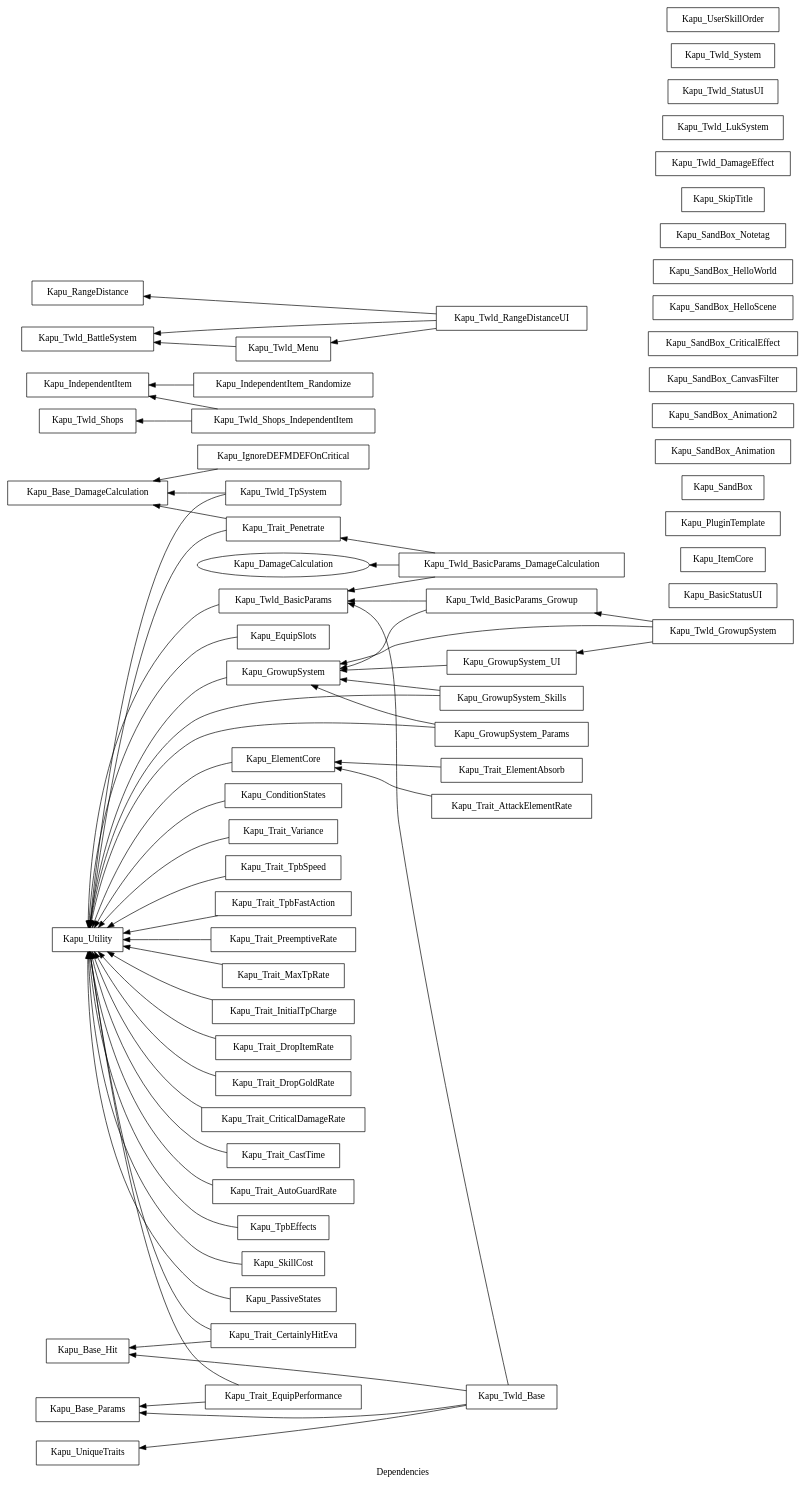
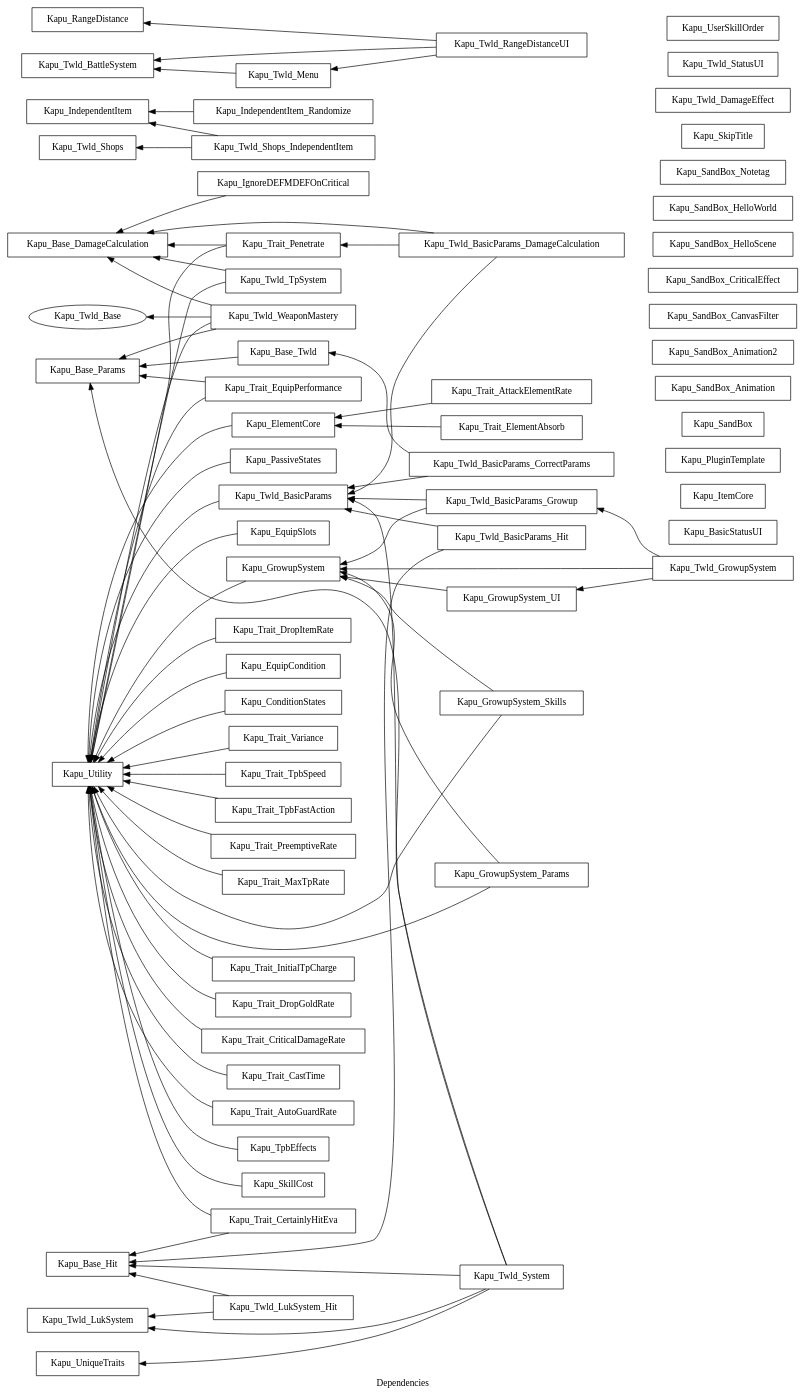
One commit to kapuusagi/MZPlugins changed the diagram in doc/dependencies.dot. Above: the diagram before and after it, drawn with Graphviz. The commit also changed 13 other files, not shown here.

```diff
--- a/doc/dependencies.dot
+++ b/doc/dependencies.dot
@@ -1,131 +1,149 @@
 digraph PluginDependencies {
   graph [
     charset = "UTF-8";
     label = "Dependencies";
     rankdir = RL,
   ]
 
   // node defines.
   Kapu_Base_DamageCalculation[shape = box];
   Kapu_Base_Hit[shape = box];
   Kapu_Base_Params[shape = box];
+  Kapu_Base_Twld[shape = box];
   Kapu_BasicStatusUI[shape = box];
   Kapu_IgnoreDEFMDEFOnCritical[shape = box];
   Kapu_IndependentItem[shape = box];
   Kapu_IndependentItem_Randomize[shape = box];
   Kapu_ItemCore[shape = box];
   Kapu_PluginTemplate[shape = box];
   Kapu_RangeDistance[shape = box];
   Kapu_SandBox[shape = box];
   Kapu_SandBox_Animation[shape = box];
   Kapu_SandBox_Animation2[shape = box];
   Kapu_SandBox_CanvasFilter[shape = box];
   Kapu_SandBox_CriticalEffect[shape = box];
   Kapu_SandBox_HelloScene[shape = box];
   Kapu_SandBox_HelloWorld[shape = box];
   Kapu_SandBox_Notetag[shape = box];
   Kapu_SkipTitle[shape = box];
   Kapu_Twld_BattleSystem[shape = box];
   Kapu_Twld_DamageEffect[shape = box];
   Kapu_Twld_LukSystem[shape = box];
+  Kapu_Twld_LukSystem_Hit[shape = box];
   Kapu_Twld_Menu[shape = box];
   Kapu_Twld_RangeDistanceUI[shape = box];
   Kapu_Twld_Shops[shape = box];
   Kapu_Twld_Shops_IndependentItem[shape = box];
   Kapu_Twld_StatusUI[shape = box];
-  Kapu_Twld_System[shape = box];
   Kapu_UniqueTraits[shape = box];
   Kapu_UserSkillOrder[shape = box];
   Kapu_Utility[shape = box];
   Kapu_ConditionStates[shape = box];
+  Kapu_Twld_WeaponMastery[shape = box];
   Kapu_Twld_TpSystem[shape = box];
   Kapu_Twld_BasicParams[shape = box];
   Kapu_Trait_Variance[shape = box];
-  Kapu_Twld_Base[shape = box];
+  Kapu_Twld_System[shape = box];
+  Kapu_Twld_BasicParams_Hit[shape = box];
+  Kapu_Twld_BasicParams_CorrectParams[shape = box];
   Kapu_Trait_TpbSpeed[shape = box];
   Kapu_Trait_TpbFastAction[shape = box];
   Kapu_Trait_PreemptiveRate[shape = box];
   Kapu_Trait_Penetrate[shape = box];
   Kapu_Trait_MaxTpRate[shape = box];
   Kapu_Twld_BasicParams_DamageCalculation[shape = box];
   Kapu_Trait_InitialTpCharge[shape = box];
   Kapu_Trait_EquipPerformance[shape = box];
   Kapu_Trait_DropItemRate[shape = box];
   Kapu_Trait_DropGoldRate[shape = box];
   Kapu_Trait_CriticalDamageRate[shape = box];
   Kapu_Trait_CertainlyHitEva[shape = box];
   Kapu_Trait_CastTime[shape = box];
   Kapu_Trait_AutoGuardRate[shape = box];
   Kapu_TpbEffects[shape = box];
   Kapu_SkillCost[shape = box];
   Kapu_PassiveStates[shape = box];
   Kapu_GrowupSystem[shape = box];
   Kapu_EquipSlots[shape = box];
   Kapu_Twld_BasicParams_Growup[shape = box];
   Kapu_GrowupSystem_UI[shape = box];
   Kapu_Twld_GrowupSystem[shape = box];
   Kapu_GrowupSystem_Skills[shape = box];
   Kapu_GrowupSystem_Params[shape = box];
+  Kapu_EquipCondition[shape = box];
   Kapu_ElementCore[shape = box];
   Kapu_Trait_AttackElementRate[shape = box];
   Kapu_Trait_ElementAbsorb[shape = box];
   // edge defines.
+  Kapu_Base_Twld -> Kapu_Base_Params [arrowhead = normal];
   Kapu_IgnoreDEFMDEFOnCritical -> Kapu_Base_DamageCalculation [arrowhead = normal];
   Kapu_IndependentItem_Randomize -> Kapu_IndependentItem [arrowhead = normal];
+  Kapu_Twld_LukSystem_Hit -> Kapu_Base_Hit [arrowhead = normal];
+  Kapu_Twld_LukSystem_Hit -> Kapu_Twld_LukSystem [arrowhead = normal];
   Kapu_Twld_Menu -> Kapu_Twld_BattleSystem [arrowhead = normal];
   Kapu_Twld_RangeDistanceUI -> Kapu_Twld_BattleSystem [arrowhead = normal];
   Kapu_Twld_RangeDistanceUI -> Kapu_RangeDistance [arrowhead = normal];
   Kapu_Twld_RangeDistanceUI -> Kapu_Twld_Menu [arrowhead = normal];
   Kapu_Twld_Shops_IndependentItem -> Kapu_IndependentItem [arrowhead = normal];
   Kapu_Twld_Shops_IndependentItem -> Kapu_Twld_Shops [arrowhead = normal];
   Kapu_ConditionStates -> Kapu_Utility [arrowhead = normal];
+  Kapu_Twld_WeaponMastery -> Kapu_Utility [arrowhead = normal];
+  Kapu_Twld_WeaponMastery -> Kapu_Base_DamageCalculation [arrowhead = normal];
+  Kapu_Twld_WeaponMastery -> Kapu_Twld_Base [arrowhead = normal];
+  Kapu_Twld_WeaponMastery -> Kapu_Base_Params [arrowhead = normal];
   Kapu_Twld_TpSystem -> Kapu_Utility [arrowhead = normal];
   Kapu_Twld_TpSystem -> Kapu_Base_DamageCalculation [arrowhead = normal];
   Kapu_Twld_BasicParams -> Kapu_Utility [arrowhead = normal];
   Kapu_Trait_Variance -> Kapu_Utility [arrowhead = normal];
-  Kapu_Twld_Base -> Kapu_Base_Params [arrowhead = normal];
-  Kapu_Twld_Base -> Kapu_Base_Hit [arrowhead = normal];
-  Kapu_Twld_Base -> Kapu_Twld_BasicParams [arrowhead = normal];
-  Kapu_Twld_Base -> Kapu_UniqueTraits [arrowhead = normal];
+  Kapu_Twld_System -> Kapu_Base_Params [arrowhead = normal];
+  Kapu_Twld_System -> Kapu_Base_Hit [arrowhead = normal];
+  Kapu_Twld_System -> Kapu_Twld_BasicParams [arrowhead = normal];
+  Kapu_Twld_System -> Kapu_UniqueTraits [arrowhead = normal];
+  Kapu_Twld_System -> Kapu_Twld_LukSystem [arrowhead = normal];
+  Kapu_Twld_BasicParams_Hit -> Kapu_Twld_BasicParams [arrowhead = normal];
+  Kapu_Twld_BasicParams_Hit -> Kapu_Base_Hit [arrowhead = normal];
+  Kapu_Twld_BasicParams_CorrectParams -> Kapu_Base_Twld [arrowhead = normal];
+  Kapu_Twld_BasicParams_CorrectParams -> Kapu_Twld_BasicParams [arrowhead = normal];
   Kapu_Trait_TpbSpeed -> Kapu_Utility [arrowhead = normal];
   Kapu_Trait_TpbFastAction -> Kapu_Utility [arrowhead = normal];
   Kapu_Trait_PreemptiveRate -> Kapu_Utility [arrowhead = normal];
   Kapu_Trait_Penetrate -> Kapu_Utility [arrowhead = normal];
   Kapu_Trait_Penetrate -> Kapu_Base_DamageCalculation [arrowhead = normal];
   Kapu_Trait_MaxTpRate -> Kapu_Utility [arrowhead = normal];
-  Kapu_Twld_BasicParams_DamageCalculation -> Kapu_DamageCalculation [arrowhead = normal];
+  Kapu_Twld_BasicParams_DamageCalculation -> Kapu_Base_DamageCalculation [arrowhead = normal];
   Kapu_Twld_BasicParams_DamageCalculation -> Kapu_Trait_Penetrate [arrowhead = normal];
   Kapu_Twld_BasicParams_DamageCalculation -> Kapu_Twld_BasicParams [arrowhead = normal];
   Kapu_Trait_InitialTpCharge -> Kapu_Utility [arrowhead = normal];
   Kapu_Trait_EquipPerformance -> Kapu_Utility [arrowhead = normal];
   Kapu_Trait_EquipPerformance -> Kapu_Base_Params [arrowhead = normal];
   Kapu_Trait_DropItemRate -> Kapu_Utility [arrowhead = normal];
   Kapu_Trait_DropGoldRate -> Kapu_Utility [arrowhead = normal];
   Kapu_Trait_CriticalDamageRate -> Kapu_Utility [arrowhead = normal];
   Kapu_Trait_CertainlyHitEva -> Kapu_Utility [arrowhead = normal];
   Kapu_Trait_CertainlyHitEva -> Kapu_Base_Hit [arrowhead = normal];
   Kapu_Trait_CastTime -> Kapu_Utility [arrowhead = normal];
   Kapu_Trait_AutoGuardRate -> Kapu_Utility [arrowhead = normal];
   Kapu_TpbEffects -> Kapu_Utility [arrowhead = normal];
   Kapu_SkillCost -> Kapu_Utility [arrowhead = normal];
   Kapu_PassiveStates -> Kapu_Utility [arrowhead = normal];
   Kapu_GrowupSystem -> Kapu_Utility [arrowhead = normal];
   Kapu_EquipSlots -> Kapu_Utility [arrowhead = normal];
   Kapu_Twld_BasicParams_Growup -> Kapu_GrowupSystem [arrowhead = normal];
   Kapu_Twld_BasicParams_Growup -> Kapu_Twld_BasicParams [arrowhead = normal];
   Kapu_GrowupSystem_UI -> Kapu_GrowupSystem [arrowhead = normal];
   Kapu_Twld_GrowupSystem -> Kapu_GrowupSystem [arrowhead = normal];
   Kapu_Twld_GrowupSystem -> Kapu_Twld_BasicParams_Growup [arrowhead = normal];
   Kapu_Twld_GrowupSystem -> Kapu_GrowupSystem_UI [arrowhead = normal];
   Kapu_GrowupSystem_Skills -> Kapu_GrowupSystem [arrowhead = normal];
   Kapu_GrowupSystem_Skills -> Kapu_Utility [arrowhead = normal];
   Kapu_GrowupSystem_Params -> Kapu_Utility [arrowhead = normal];
   Kapu_GrowupSystem_Params -> Kapu_GrowupSystem [arrowhead = normal];
+  Kapu_EquipCondition -> Kapu_Utility [arrowhead = normal];
   Kapu_ElementCore -> Kapu_Utility [arrowhead = normal];
   Kapu_Trait_AttackElementRate -> Kapu_ElementCore [arrowhead = normal];
   Kapu_Trait_ElementAbsorb -> Kapu_ElementCore [arrowhead = normal];
-  { rank = same; Kapu_Base_DamageCalculation; Kapu_Base_Hit; Kapu_Base_Params; Kapu_IndependentItem; Kapu_RangeDistance; Kapu_Twld_BattleSystem; Kapu_Twld_Shops; Kapu_UniqueTraits; Kapu_Utility;  }
-  { rank = same; Kapu_IgnoreDEFMDEFOnCritical; Kapu_IndependentItem_Randomize; Kapu_Twld_Menu; Kapu_Twld_Shops_IndependentItem; Kapu_ConditionStates; Kapu_Twld_TpSystem; Kapu_Twld_BasicParams; Kapu_Trait_Variance; Kapu_Trait_TpbSpeed; Kapu_Trait_TpbFastAction; Kapu_Trait_PreemptiveRate; Kapu_Trait_Penetrate; Kapu_Trait_MaxTpRate; Kapu_Trait_InitialTpCharge; Kapu_Trait_EquipPerformance; Kapu_Trait_DropItemRate; Kapu_Trait_DropGoldRate; Kapu_Trait_CriticalDamageRate; Kapu_Trait_CertainlyHitEva; Kapu_Trait_CastTime; Kapu_Trait_AutoGuardRate; Kapu_TpbEffects; Kapu_SkillCost; Kapu_PassiveStates; Kapu_GrowupSystem; Kapu_EquipSlots; Kapu_ElementCore;  }
-  { rank = same; Kapu_Twld_RangeDistanceUI; Kapu_Twld_Base; Kapu_Twld_BasicParams_DamageCalculation; Kapu_Twld_BasicParams_Growup; Kapu_GrowupSystem_UI; Kapu_GrowupSystem_Skills; Kapu_GrowupSystem_Params; Kapu_Trait_AttackElementRate; Kapu_Trait_ElementAbsorb;  }
+  { rank = same; Kapu_Base_DamageCalculation; Kapu_Base_Hit; Kapu_Base_Params; Kapu_IndependentItem; Kapu_RangeDistance; Kapu_Twld_BattleSystem; Kapu_Twld_LukSystem; Kapu_Twld_Shops; Kapu_UniqueTraits; Kapu_Utility;  }
+  { rank = same; Kapu_Base_Twld; Kapu_IgnoreDEFMDEFOnCritical; Kapu_IndependentItem_Randomize; Kapu_Twld_LukSystem_Hit; Kapu_Twld_Menu; Kapu_Twld_Shops_IndependentItem; Kapu_ConditionStates; Kapu_Twld_WeaponMastery; Kapu_Twld_TpSystem; Kapu_Twld_BasicParams; Kapu_Trait_Variance; Kapu_Trait_TpbSpeed; Kapu_Trait_TpbFastAction; Kapu_Trait_PreemptiveRate; Kapu_Trait_Penetrate; Kapu_Trait_MaxTpRate; Kapu_Trait_InitialTpCharge; Kapu_Trait_EquipPerformance; Kapu_Trait_DropItemRate; Kapu_Trait_DropGoldRate; Kapu_Trait_CriticalDamageRate; Kapu_Trait_CertainlyHitEva; Kapu_Trait_CastTime; Kapu_Trait_AutoGuardRate; Kapu_TpbEffects; Kapu_SkillCost; Kapu_PassiveStates; Kapu_GrowupSystem; Kapu_EquipSlots; Kapu_EquipCondition; Kapu_ElementCore;  }
+  { rank = same; Kapu_Twld_RangeDistanceUI; Kapu_Twld_System; Kapu_Twld_BasicParams_Hit; Kapu_Twld_BasicParams_CorrectParams; Kapu_Twld_BasicParams_DamageCalculation; Kapu_Twld_BasicParams_Growup; Kapu_GrowupSystem_UI; Kapu_GrowupSystem_Skills; Kapu_GrowupSystem_Params; Kapu_Trait_AttackElementRate; Kapu_Trait_ElementAbsorb;  }
   { rank = same; Kapu_Twld_GrowupSystem;  }
 }
```
